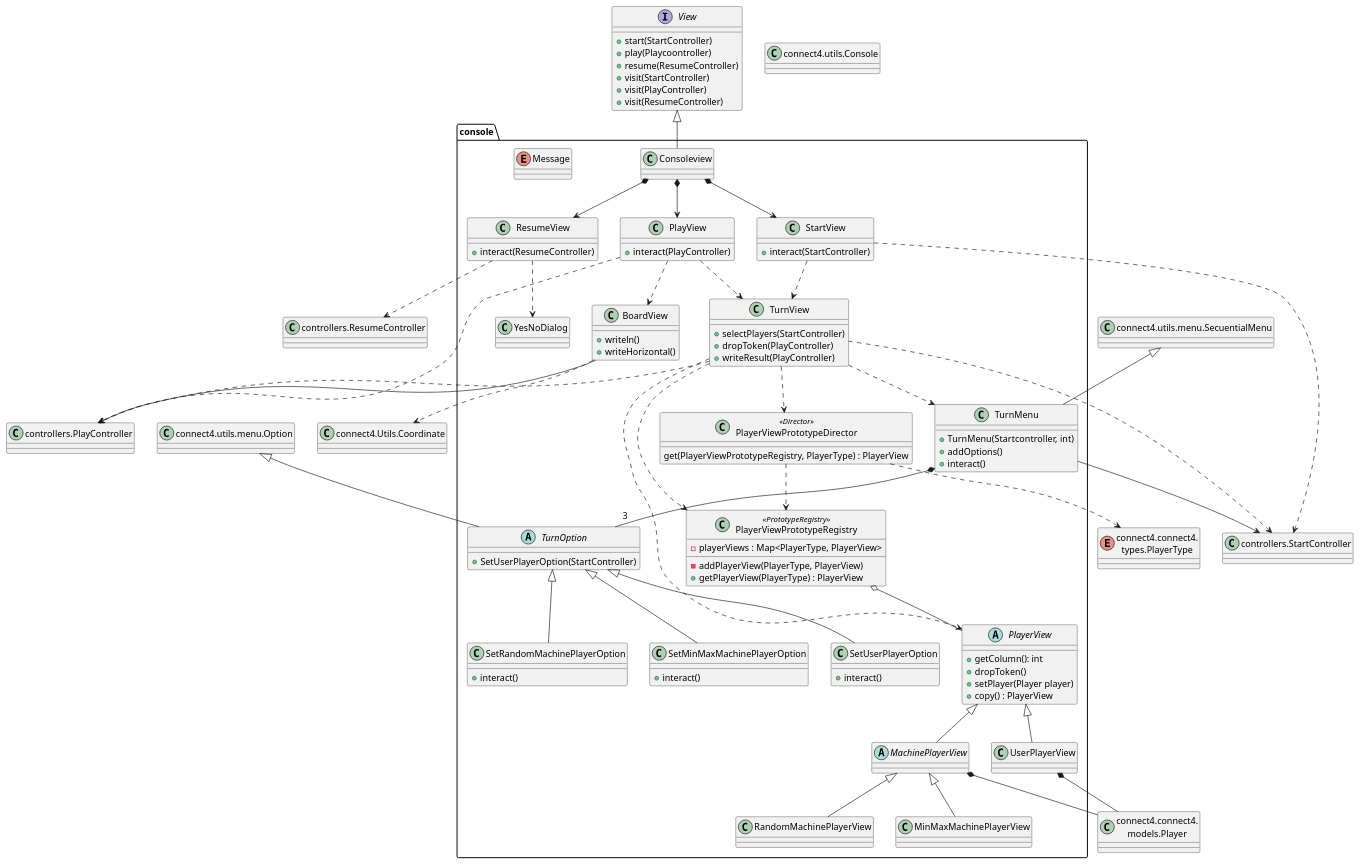
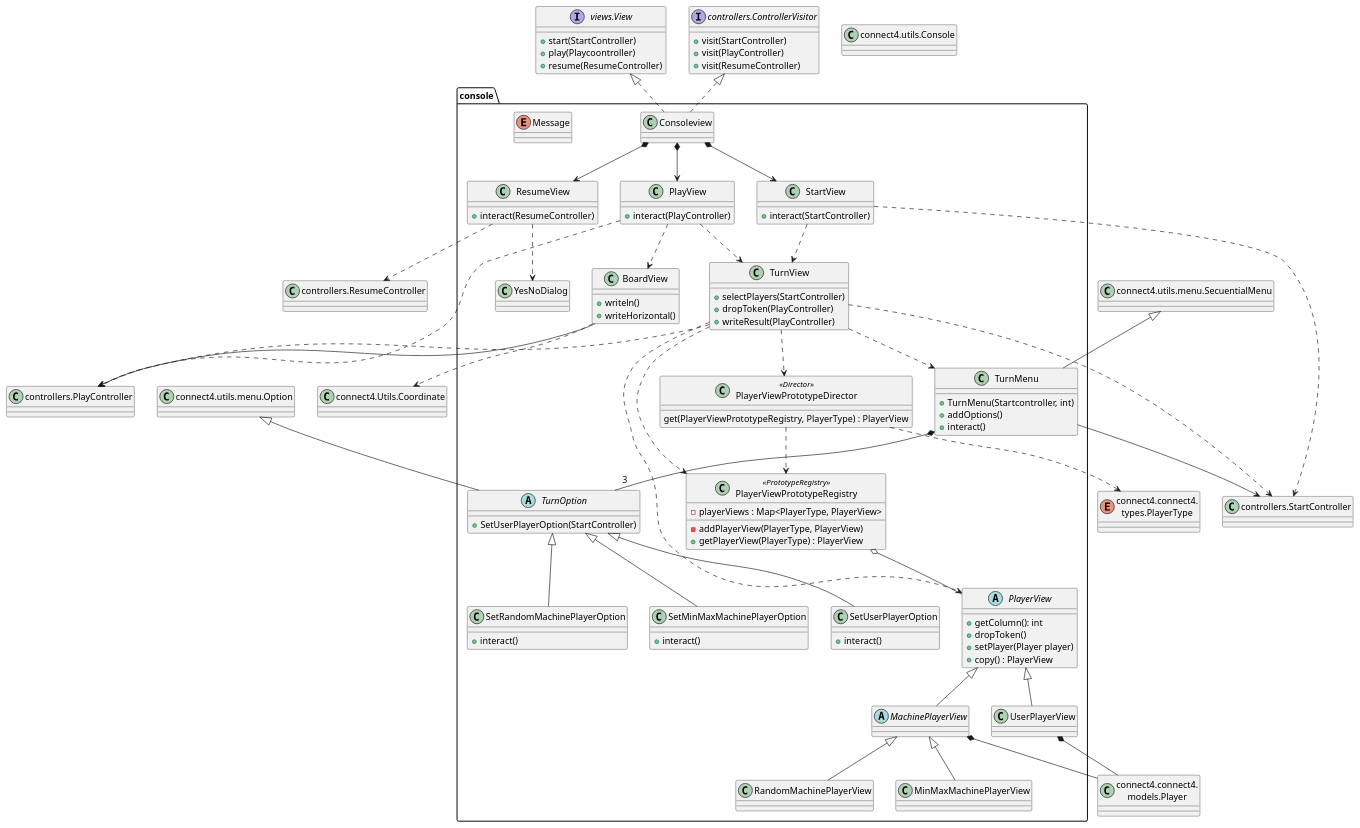
The diagram in connect4/Docs/diagrams/src/packages/connect4.connect4.views.console.plantuml (js-rom/connect4), drawn with PlantUML before and after one commit. The commit also changed 2 other files, not shown here.

```diff
--- a/connect4/Docs/diagrams/src/packages/connect4.connect4.views.console.plantuml
+++ b/connect4/Docs/diagrams/src/packages/connect4.connect4.views.console.plantuml
@@ -1,144 +1,148 @@
 @startuml connect4.connect4.console.console
 
 class console.Consoleview
 
 class console.StartView{
     +interact(StartController)
 }
 
 class console.PlayView{
     +interact(PlayController)
 }
 
 class console.ResumeView{
     +interact(ResumeController)
 }
 
 class console.BoardView{
     +writeln()
     +writeHorizontal()
 }
 
 class console.TurnView{
     +selectPlayers(StartController)
     +dropToken(PlayController)
     +writeResult(PlayController)
 }
 
 abstract class console.PlayerView{
     +getColumn(): int
     +dropToken()
     +setPlayer(Player player)
     +copy() : PlayerView
 }
 
 abstract class console.MachinePlayerView
 class console.MinMaxMachinePlayerView
 class console.RandomMachinePlayerView
 class console.UserPlayerView
 class console.TurnMenu{
     +TurnMenu(Startcontroller, int)
     +addOptions()
     +interact()
 }
 
 abstract class console.TurnOption{
     +SetUserPlayerOption(StartController)
 }
 
 class console.SetRandomMachinePlayerOption{
         +interact()
 }
 
 class console.SetMinMaxMachinePlayerOption{
         +interact()
 }
 
 class console.SetUserPlayerOption{
         +interact()
 }
 
 enum console.Message
 
 class console.YesNoDialog
 
 class console.PlayerViewPrototypeDirector <<Director>> {
     get(PlayerViewPrototypeRegistry, PlayerType) : PlayerView 
 }
 
 class console.PlayerViewPrototypeRegistry <<PrototypeRegistry>> {
     -playerViews : Map<PlayerType, PlayerView> 
     -addPlayerView(PlayerType, PlayerView)
     +getPlayerView(PlayerType) : PlayerView
 }
 class StartController as "controllers.StartController"
 class PlayController as "controllers.PlayController"
 class ResumeController as "controllers.ResumeController"
 
-interface View{
+interface View as "views.View"{
     +start(StartController)
     +play(Playcoontroller)
     +resume(ResumeController)
+}
+
+interface ControllerVisitor as "controllers.ControllerVisitor" {
     +visit(StartController)
     +visit(PlayController)
     +visit(ResumeController)
 }
 
-View <|-- Consoleview 
+View <|.. Consoleview 
+ControllerVisitor <|.. Consoleview 
 Consoleview *--> StartView
 Consoleview *--> PlayView
 Consoleview *--> ResumeView
 
 StartView ..> StartController
 PlayView ..> PlayController
 ResumeView ..> ResumeController
 
 StartView ..> TurnView
 
 PlayView ..> TurnView
 PlayView ..> BoardView
 
 ResumeView ..> YesNoDialog
 
 TurnView ..> PlayerView
 TurnView ..> StartController
 TurnView ..> PlayController
 TurnView ..> TurnMenu
 TurnMenu *-- "3"TurnOption
 TurnView ..> PlayerViewPrototypeDirector
 TurnView ..> PlayerViewPrototypeRegistry
 
 PlayerView <|-- UserPlayerView
 PlayerView <|-- MachinePlayerView
 MachinePlayerView <|-- MinMaxMachinePlayerView
 MachinePlayerView <|-- RandomMachinePlayerView
 
 TurnOption <|-- SetRandomMachinePlayerOption
 TurnOption <|-- SetMinMaxMachinePlayerOption
 TurnOption <|-- SetUserPlayerOption
 TurnMenu --> StartController
 
 PlayerViewPrototypeDirector ..> PlayerViewPrototypeRegistry
 PlayerViewPrototypeRegistry o-- PlayerView
 
 class Option as "connect4.utils.menu.Option"
 class SecuentialMenu as "connect4.utils.menu.SecuentialMenu"
 class Coordinate as "connect4.Utils.Coordinate"
 class Console as "connect4.utils.Console"
 class Player as "connect4.connect4.\nmodels.Player"
 enum PlayerType as "connect4.connect4.\ntypes.PlayerType"
 
 
 Option <|-- TurnOption
 SecuentialMenu <|-- TurnMenu
 BoardView --> PlayController
 BoardView ..> Coordinate
 MachinePlayerView *-- Player
 UserPlayerView *-- Player
 
 
 
 PlayerViewPrototypeDirector ..> PlayerType
 
 
 @enduml
```
